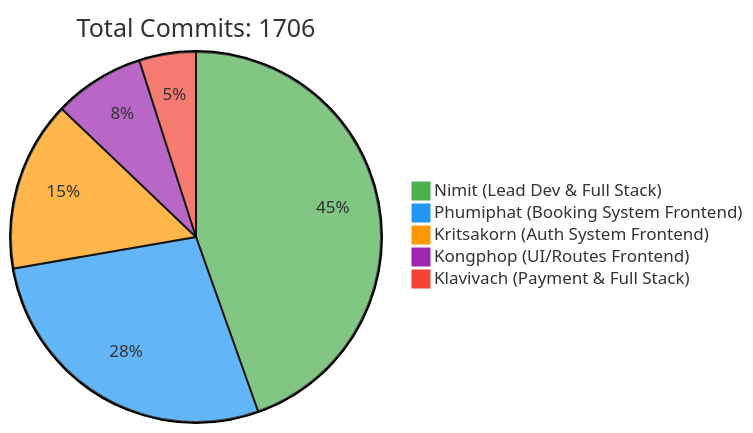
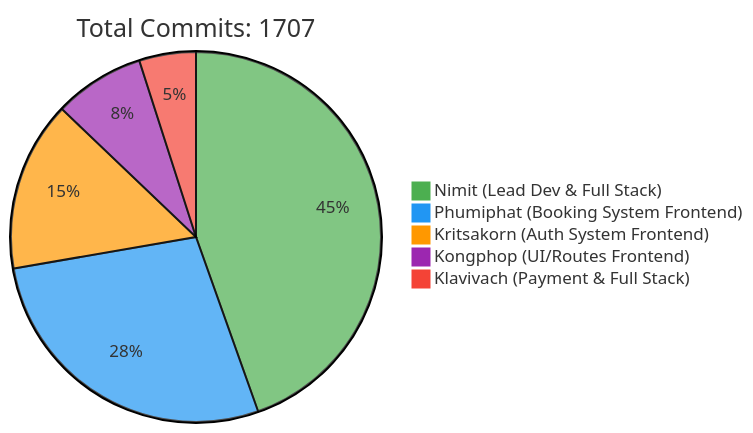
Before and after one commit to 6531503042/Sport-Complex: the first of 2 diagrams in README.md, drawn with Mermaid. The commit also changed other lines of this file, not shown here.

Commit message:
docs: Update contributor statistics [skip ci]

````diff
--- a/README.md
+++ b/README.md
@@ -257,10 +257,10 @@
 ```mermaid
 %%{init: {'theme': 'base', 'themeVariables': { 'pie1': '#4CAF50', 'pie2': '#2196F3', 'pie3': '#FF9800', 'pie4': '#9C27B0', 'pie5': '#F44336'}}}%%
 pie
-    title Total Commits: 1706
+    title Total Commits: 1707
     "Nimit (Lead Dev & Full Stack)" : 450
     "Phumiphat (Booking System Frontend)" : 280
     "Kritsakorn (Auth System Frontend)" : 150
     "Kongphop (UI/Routes Frontend)" : 80
     "Klavivach (Payment & Full Stack)" : 50
 ```
````
